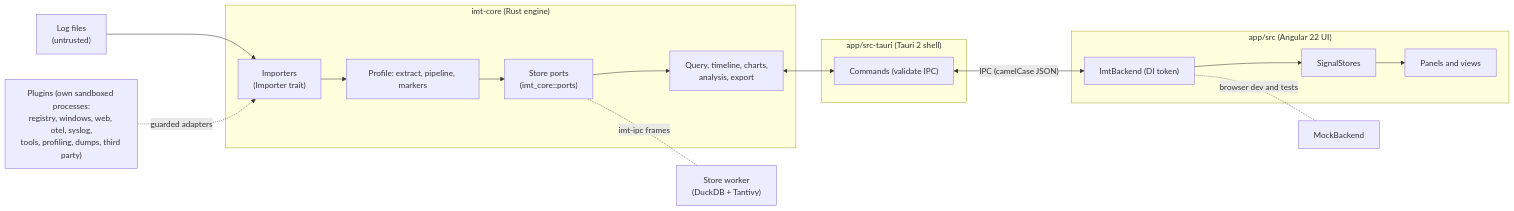
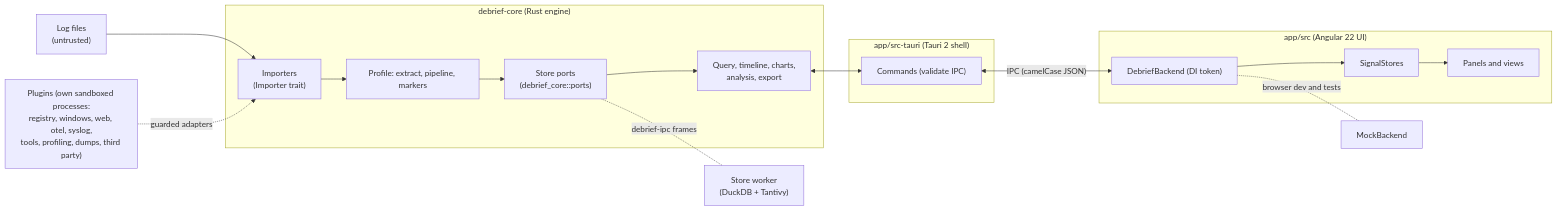
Before and after one commit to decryp7/integrated_maintenance_tool: the diagram in docs/architecture.md, drawn with Mermaid. The commit also changed other lines of this file and 3070 other files, not shown here.

````diff
--- a/docs/architecture.md
+++ b/docs/architecture.md
@@ -24,20 +24,20 @@
 ```mermaid
 flowchart LR
   files["Log files<br/>(untrusted)"] --> imp["Importers<br/>(Importer trait)"]
   plugins["Plugins (own sandboxed processes:<br/>registry, windows, web, otel, syslog,<br/>tools, profiling, dumps, third party)"] -. "guarded adapters" .-> imp
-  subgraph core["imt-core (Rust engine)"]
+  subgraph core["debrief-core (Rust engine)"]
     imp --> prof["Profile: extract, pipeline, markers"]
-    prof --> ws["Store ports<br/>(imt_core::ports)"]
+    prof --> ws["Store ports<br/>(debrief_core::ports)"]
     ws --> q["Query, timeline, charts,<br/>analysis, export"]
   end
-  ws -. "imt-ipc frames" .- worker["Store worker<br/>(DuckDB + Tantivy)"]
+  ws -. "debrief-ipc frames" .- worker["Store worker<br/>(DuckDB + Tantivy)"]
   subgraph shell["app/src-tauri (Tauri 2 shell)"]
     cmds["Commands (validate IPC)"]
   end
   subgraph ui["app/src (Angular 22 UI)"]
-    be["ImtBackend (DI token)"] --> stores["SignalStores"] --> views["Panels and views"]
+    be["DebriefBackend (DI token)"] --> stores["SignalStores"] --> views["Panels and views"]
   end
   q <--> cmds
   cmds <-- "IPC (camelCase JSON)" --> be
   be -. "browser dev and tests" .- mock["MockBackend"]
 ```
````
